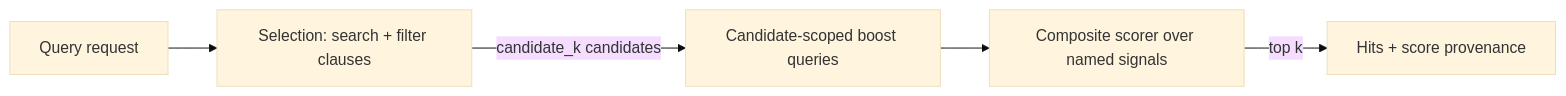
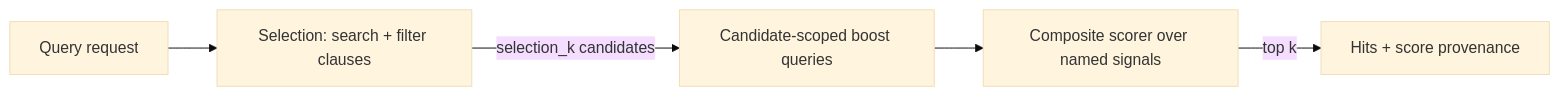
Before and after one commit to ai-pipestream/protomolt-search: the diagram in docs/query-api.md, drawn with Mermaid (base theme). The commit also changed other lines of this file and 9 other files, not shown here.

````diff
--- a/docs/query-api.md
+++ b/docs/query-api.md
@@ -17,7 +17,7 @@
 ```mermaid
 flowchart LR
     Request["Query request"] --> Select["Selection: search + filter clauses"]
-    Select -->|"candidate_k candidates"| Boost["Candidate-scoped boost queries"]
+    Select -->|"selection_k candidates"| Boost["Candidate-scoped boost queries"]
     Boost --> Score["Composite scorer over named signals"]
     Score -->|"top k"| Result["Hits + score provenance"]
 ```
````
